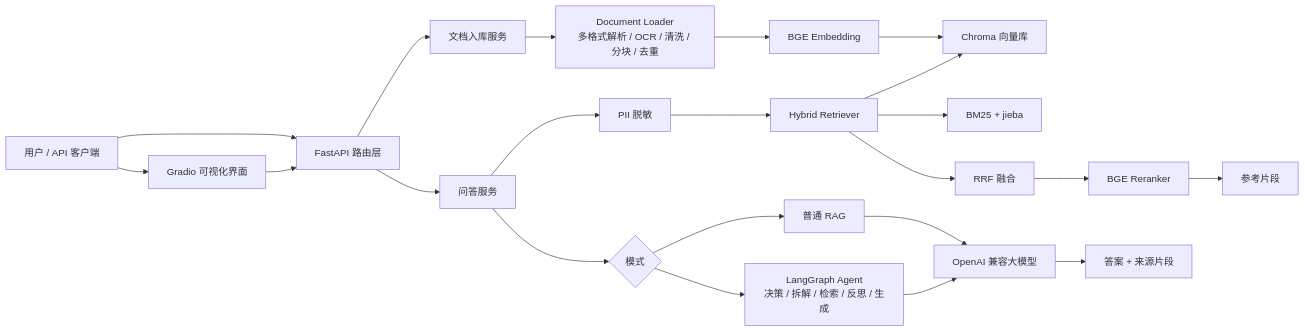
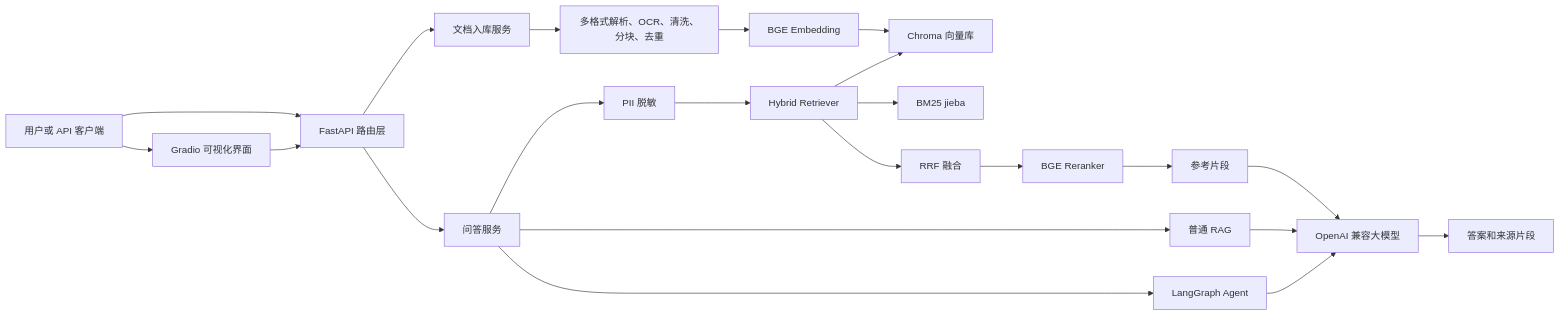
One commit to uuid88888/enterprise_rag changed the diagram in README.md. Above: the diagram before and after it, drawn with Mermaid. The commit also changed other lines of this file and 13 other files, not shown here.

````diff
--- a/README.md
+++ b/README.md
@@ -54,27 +70,27 @@
 ```mermaid
-flowchart LR
-    U["用户 / API 客户端"] --> A["FastAPI 路由层"]
-    U --> G["Gradio 可视化界面"]
-    G --> A
+graph LR
+    user["用户或 API 客户端"] --> api["FastAPI 路由层"]
+    user --> ui["Gradio 可视化界面"]
+    ui --> api
 
-    A --> I["文档入库服务"]
-    I --> L["Document Loader<br/>多格式解析 / OCR / 清洗 / 分块 / 去重"]
-    L --> E["BGE Embedding"]
-    E --> C["Chroma 向量库"]
+    api --> ingest["文档入库服务"]
+    ingest --> loader["多格式解析、OCR、清洗、分块、去重"]
+    loader --> embed["BGE Embedding"]
+    embed --> chroma["Chroma 向量库"]
 
-    A --> Q["问答服务"]
-    Q --> P["PII 脱敏"]
-    P --> R["Hybrid Retriever"]
-    R --> C
-    R --> B["BM25 + jieba"]
-    R --> F["RRF 融合"]
-    F --> X["BGE Reranker"]
-    X --> M["参考片段"]
+    api --> qa["问答服务"]
+    qa --> pii["PII 脱敏"]
+    pii --> retriever["Hybrid Retriever"]
+    retriever --> chroma
+    retriever --> bm25["BM25 jieba"]
+    retriever --> rrf["RRF 融合"]
+    rrf --> rerank["BGE Reranker"]
+    rerank --> context["参考片段"]
 
-    Q --> S{"模式"}
-    S --> SR["普通 RAG"]
-    S --> AG["LangGraph Agent<br/>决策 / 拆解 / 检索 / 反思 / 生成"]
-    SR --> LLM["OpenAI 兼容大模型"]
-    AG --> LLM
-    LLM --> O["答案 + 来源片段"]
+    qa --> rag["普通 RAG"]
+    qa --> agent["LangGraph Agent"]
+    rag --> llm["OpenAI 兼容大模型"]
+    agent --> llm
+    context --> llm
+    llm --> answer["答案和来源片段"]
 ```
````
